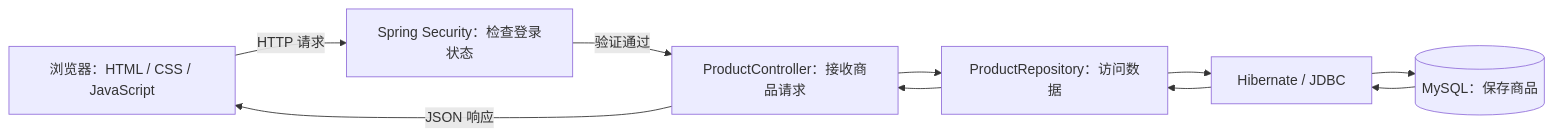
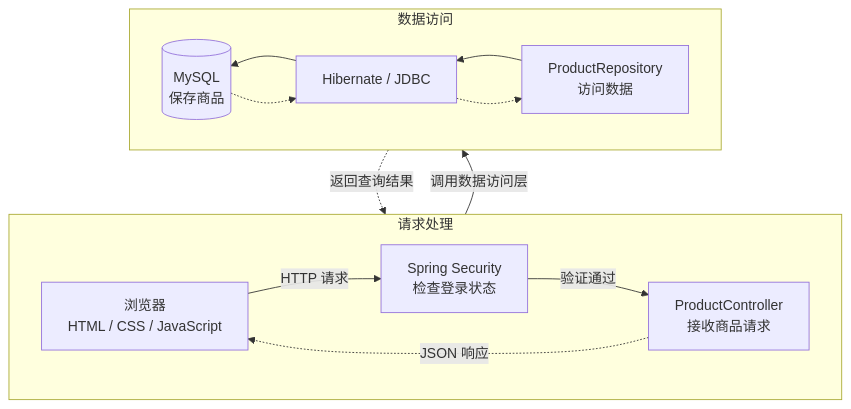
Before and after one commit to saber-lab-ux/community: the diagram in README.md, drawn with Mermaid.

Commit message:
docs: arrange architecture diagram in two rows

````diff
--- a/README.md
+++ b/README.md
@@ -32,19 +32,28 @@
 ```mermaid
-flowchart LR
-    A["浏览器：HTML / CSS / JavaScript"]
-    B["Spring Security：检查登录状态"]
-    C["ProductController：接收商品请求"]
-    D["ProductRepository：访问数据"]
-    E["Hibernate / JDBC"]
-    F[("MySQL：保存商品")]
+flowchart TB
+    subgraph TOP["请求处理"]
+        direction LR
+        A["浏览器<br/>HTML / CSS / JavaScript"]
+        B["Spring Security<br/>检查登录状态"]
+        C["ProductController<br/>接收商品请求"]
 
-    A -->|HTTP 请求| B
-    B -->|验证通过| C
-    C --> D
-    D --> E
-    E --> F
-    F --> E
-    E --> D
-    D --> C
-    C -->|JSON 响应| A
+        A -->|HTTP 请求| B
+        B -->|验证通过| C
+        C -.->|JSON 响应| A
+    end
+
+    subgraph BOTTOM["数据访问"]
+        direction RL
+        D["ProductRepository<br/>访问数据"]
+        E["Hibernate / JDBC"]
+        F[("MySQL<br/>保存商品")]
+
+        D --> E
+        E --> F
+        F -.-> E
+        E -.-> D
+    end
+
+    TOP -->|调用数据访问层| BOTTOM
+    BOTTOM -.->|返回查询结果| TOP
 ```
````
